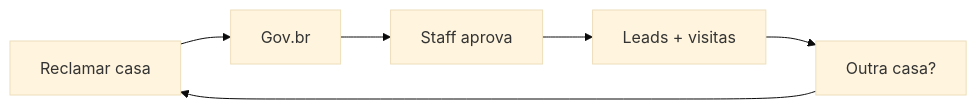
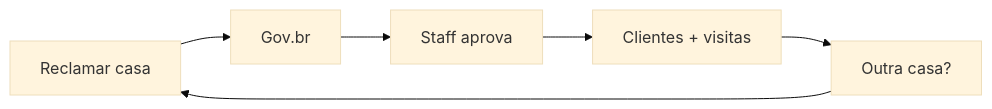
The fourth of 4 diagrams in docs/planning/apresentacao-socios.md (fortegb/platform), drawn with Mermaid (base theme) before and after one commit. The commit also changed other lines of this file and 30 other files, not shown here.

````diff
--- a/docs/planning/apresentacao-socios.md
+++ b/docs/planning/apresentacao-socios.md
@@ -135,8 +135,8 @@
 ```mermaid
 flowchart LR
   A[Reclamar casa] --> B[Gov.br]
   B --> C[Staff aprova]
-  C --> D[Leads + visitas]
+  C --> D[Clientes + visitas]
   D --> E[Outra casa?]
   E --> A
 ```
````
